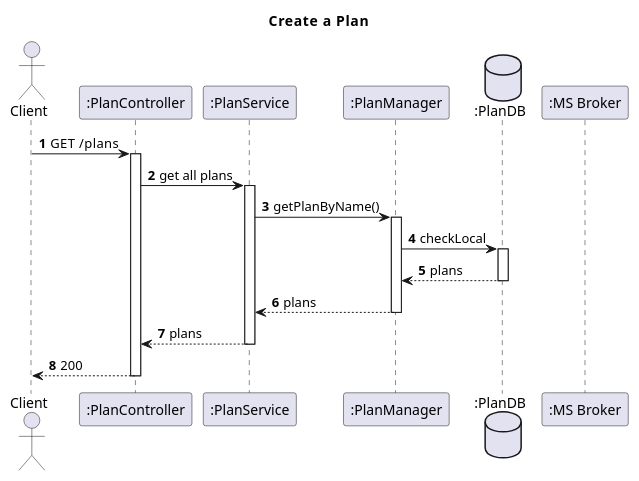
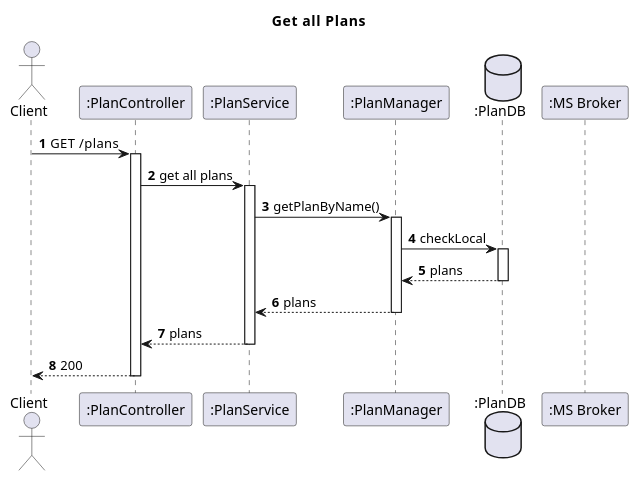
The diagram in docs_sidis/Segunda_Avalição/Plans/Vista_Logica/N3/UserPlanInteractonGetAll.puml (IsepMartimOliveira/SIDIS), drawn with PlantUML before and after one commit. The commit also changed 14 other files, not shown here.

```diff
--- a/docs_sidis/Segunda_Avalição/Plans/Vista_Logica/N3/UserPlanInteractonGetAll.puml
+++ b/docs_sidis/Segunda_Avalição/Plans/Vista_Logica/N3/UserPlanInteractonGetAll.puml
@@ -1,34 +1,34 @@
 @startuml
 'https://plantuml.com/sequence-diagram
 autoactivate on
 autonumber
-title  Create  a  Plan
+title  Get  all  Plans
 
 autonumber
 
 actor "Client" as Ac
 participant ":PlanController" as PlanController
 participant ":PlanService" as PService
 participant ":PlanManager" as PManager
 database ":PlanDB" as PDB
 participant ":MS Broker" as Broker
 
 
 
 Ac->PlanController:GET  /plans
 PlanController->PService:get all plans
 PService->PManager:getPlanByName()
 PManager->PDB:checkLocal
 PDB-->PManager:plans
 
 
 
 
 PManager-->PService:plans
 PService-->PlanController:plans
 PlanController-->Ac:200
 
 
 
 
 @enduml
```
